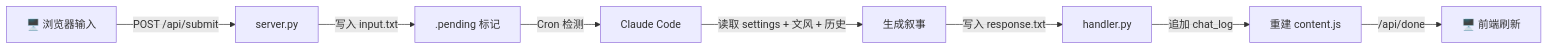
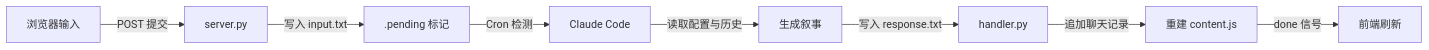
Before and after one commit to Damages9/AIRP_ClaudeCode: the diagram in README.md, drawn with Mermaid.

Commit message:
修复 Mermaid 图：移除 emoji 和斜杠路径以兼容 Typora

````diff
--- a/README.md
+++ b/README.md
@@ -251,10 +251,10 @@
 ```mermaid
 graph LR
-    A[🖥️ 浏览器输入] -->|POST /api/submit| B[server.py]
+    A[浏览器输入] -->|POST 提交| B[server.py]
     B -->|写入 input.txt| C[.pending 标记]
     C -->|Cron 检测| D[Claude Code]
-    D -->|读取 settings + 文风 + 历史| E[生成叙事]
+    D -->|读取配置与历史| E[生成叙事]
     E -->|写入 response.txt| F[handler.py]
-    F -->|追加 chat_log| G[重建 content.js]
-    G -->|/api/done| H[🖥️ 前端刷新]
+    F -->|追加聊天记录| G[重建 content.js]
+    G -->|done 信号| H[前端刷新]
 ```
````
